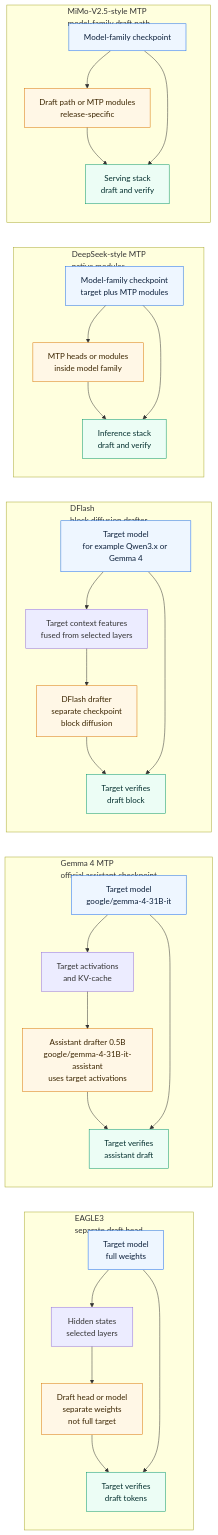
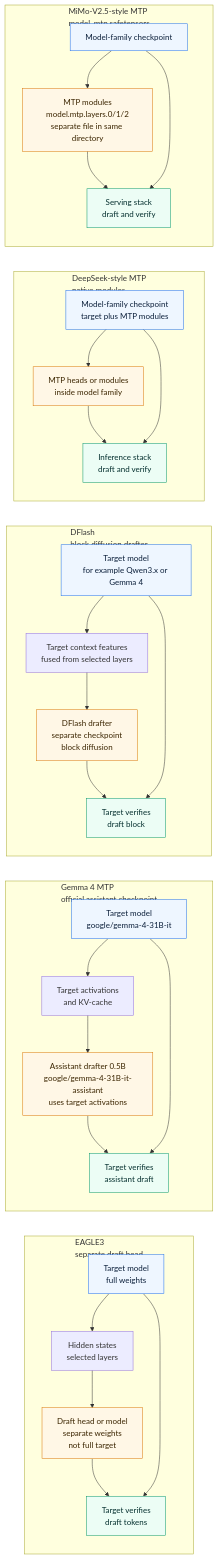
One commit to david-xinyuwei/david-share changed the second of 3 diagrams in Deep-Learning/Speculative-Decoding-EAGLE3/README.md. Above: the diagram before and after it, drawn with Mermaid. The commit also changed other lines of this file and 1 other file, not shown here.

Commit message:
docs: clarify MiMo MTP weights packaging

````diff
--- a/Deep-Learning/Speculative-Decoding-EAGLE3/README.md
+++ b/Deep-Learning/Speculative-Decoding-EAGLE3/README.md
@@ -214,60 +214,60 @@
 ```mermaid
 flowchart LR
   subgraph E3["EAGLE3<br/>separate draft head"]
     E3T["Target model<br/>full weights"]
     E3H["Hidden states<br/>selected layers"]
     E3D["Draft head or model<br/>separate weights<br/>not full target"]
     E3V["Target verifies<br/>draft tokens"]
     E3T --> E3H
     E3H --> E3D
     E3D --> E3V
     E3T --> E3V
   end
 
   subgraph G4["Gemma 4 MTP<br/>official assistant checkpoint"]
     G4T["Target model<br/>google/gemma-4-31B-it"]
     G4A["Target activations<br/>and KV-cache"]
     G4D["Assistant drafter 0.5B<br/>google/gemma-4-31B-it-assistant<br/>uses target activations"]
     G4V["Target verifies<br/>assistant draft"]
     G4T --> G4A
     G4A --> G4D
     G4D --> G4V
     G4T --> G4V
   end
 
   subgraph DF["DFlash<br/>block diffusion drafter"]
     DFT["Target model<br/>for example Qwen3.x or Gemma 4"]
     DFF["Target context features<br/>fused from selected layers"]
     DFD["DFlash drafter<br/>separate checkpoint<br/>block diffusion"]
     DFV["Target verifies<br/>draft block"]
     DFT --> DFF
     DFF --> DFD
     DFD --> DFV
     DFT --> DFV
   end
 
   subgraph DS["DeepSeek-style MTP<br/>native modules"]
     DST["Model-family checkpoint<br/>target plus MTP modules"]
     DSH["MTP heads or modules<br/>inside model family"]
     DSV["Inference stack<br/>draft and verify"]
     DST --> DSH
     DSH --> DSV
     DST --> DSV
   end
 
-  subgraph MM["MiMo-V2.5-style MTP<br/>model-family draft path"]
+  subgraph MM["MiMo-V2.5-style MTP<br/>model_mtp.safetensors"]
     MMT["Model-family checkpoint"]
-    MMD["Draft path or MTP modules<br/>release-specific"]
+    MMD["MTP modules<br/>model.mtp.layers.0/1/2<br/>separate file in same directory"]
     MMV["Serving stack<br/>draft and verify"]
     MMT --> MMD
     MMD --> MMV
     MMT --> MMV
   end
 
   classDef target fill:#eef6ff,stroke:#1f6feb,color:#0b1f3a
   classDef drafter fill:#fff7e6,stroke:#d97706,color:#3b2500
   classDef verify fill:#ecfdf5,stroke:#059669,color:#042f2e
   class E3T,G4T,DFT,DST,MMT target
   class E3D,G4D,DFD,DSH,MMD drafter
   class E3V,G4V,DFV,DSV,MMV verify
 ```
````
